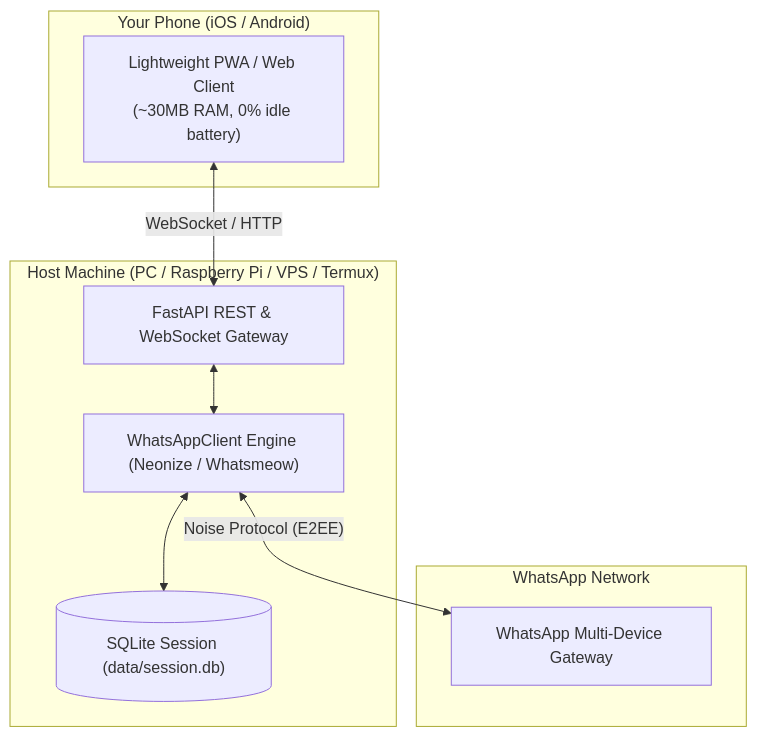
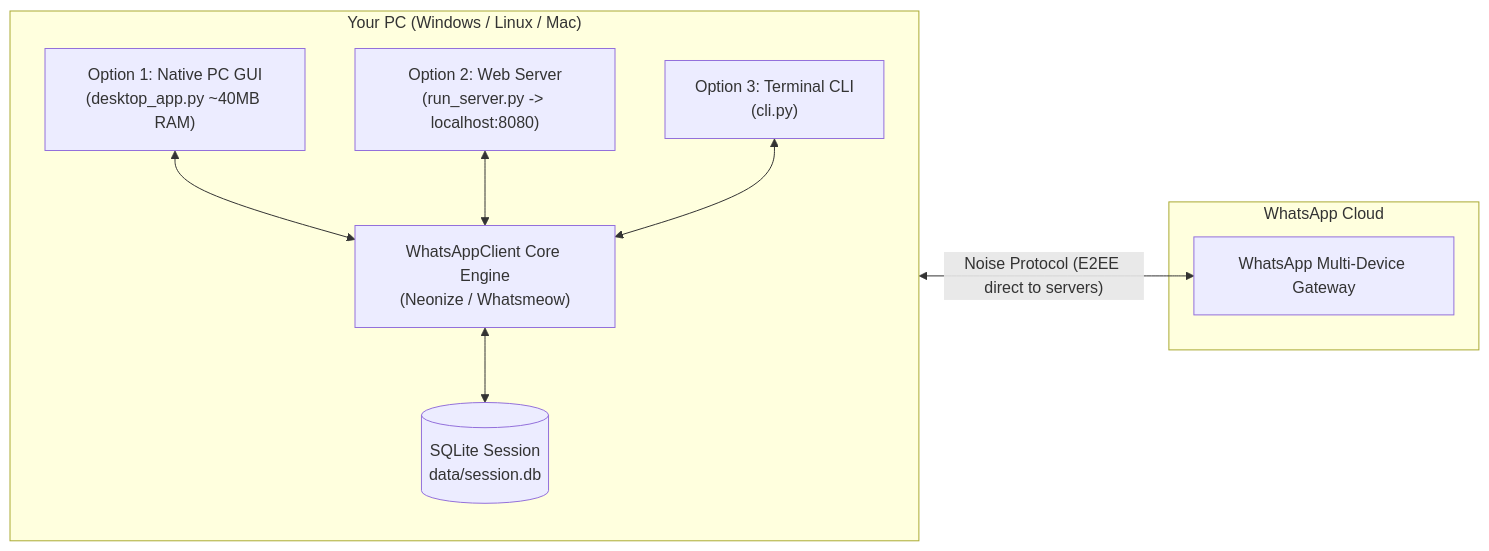
Before and after one commit to LuigiLuigi2401/whatsapp-client: the diagram in README.md, drawn with Mermaid. The commit also changed other lines of this file and 2 other files, not shown here.

Commit message:
Add native lightweight PC desktop GUI app (CustomTkinter) and update documentation

````diff
--- a/README.md
+++ b/README.md
@@ -22,21 +21,23 @@
 ```mermaid
-flowchart TD
-    subgraph WhatsAppNetwork ["WhatsApp Network"]
+flowchart LR
+    subgraph WhatsAppCloud ["WhatsApp Cloud"]
         WA["WhatsApp Multi-Device Gateway"]
     end
 
-    subgraph HostServer ["Host Machine (PC / Raspberry Pi / VPS / Termux)"]
-        Core["WhatsAppClient Engine (Neonize / Whatsmeow)"]
-        DB[("SQLite Session (data/session.db)")]
-        API["FastAPI REST & WebSocket Gateway"]
-
-        Core <--> DB
-        Core <-->|"Noise Protocol (E2EE)"| WA
-        API <--> Core
+    subgraph PCClient ["Your PC (Windows / Linux / Mac)"]
+        direction TB
+        DB[("SQLite Session\ndata/session.db")]
+        Engine["WhatsAppClient Core Engine\n(Neonize / Whatsmeow)"]
+        
+        GUI["Option 1: Native PC GUI\n(desktop_app.py ~40MB RAM)"]
+        WebSrv["Option 2: Web Server\n(run_server.py -> localhost:8080)"]
+        CLI["Option 3: Terminal CLI\n(cli.py)"]
+        
+        Engine <--> DB
+        GUI <--> Engine
+        WebSrv <--> Engine
+        CLI <--> Engine
     end
 
-    subgraph MobileDevice ["Your Phone (iOS / Android)"]
-        PWA["Lightweight PWA / Web Client\n(~30MB RAM, 0% idle battery)"]
-        PWA <-->|"WebSocket / HTTP"| API
-    end
+    Engine <-->|"Noise Protocol (E2EE direct to servers)"| WA
 ```
````
